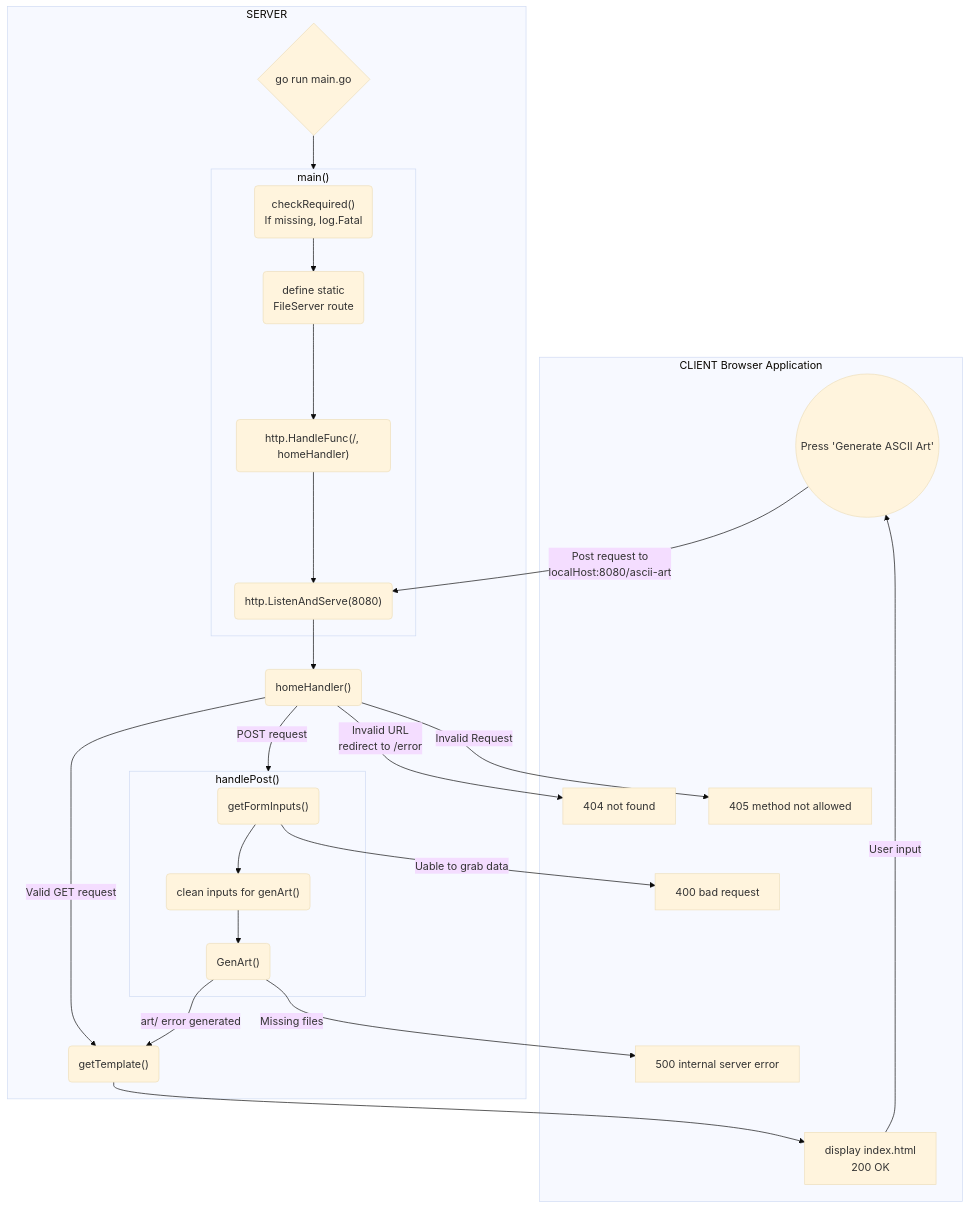
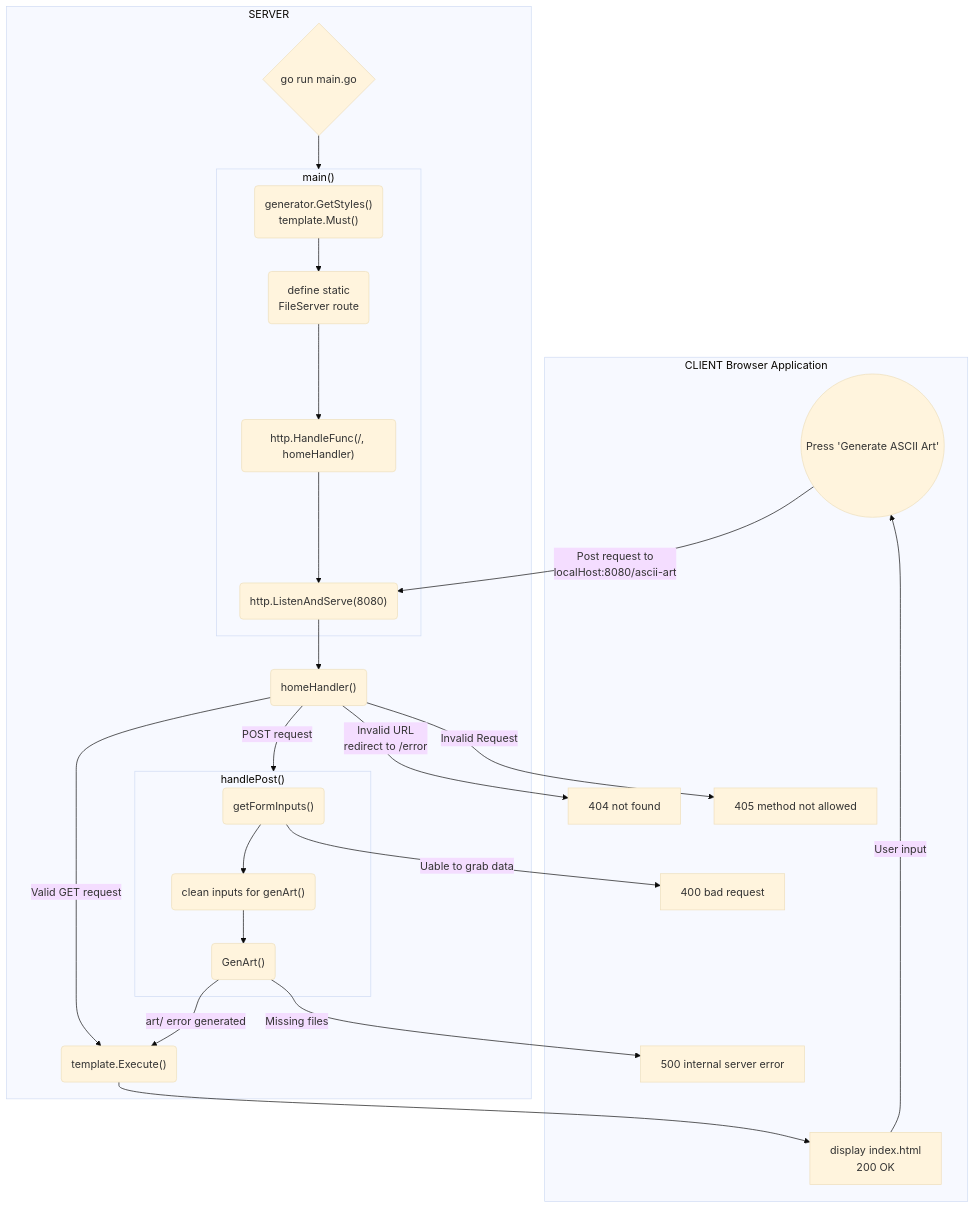
Before and after one commit to AllenLeeyn/ascii-art-web: the diagram in README.md, drawn with Mermaid (base theme). The commit also changed other lines of this file and 10 other files, not shown here.

````diff
--- a/README.md
+++ b/README.md
@@ -42,49 +44,49 @@
 ```mermaid
 flowchart TB
     subgraph client [CLIENT Browser Application]
         pressBtn((Press 'Generate ASCII Art'))
         invalidURL["404 not found"]
         inValidRq["405 method not allowed"]
         rFormErr["400 bad request"]
         missing["500 internal server error"]
         index["display index.html
         200 OK"]
     end
 
     subgraph server [SERVER]
     start{"go run main.go"}
         subgraph main ["main()"]
-            checkReq("checkRequired()
-            If missing, log.Fatal")
+            checkReq("generator.GetStyles()
+            template.Must()")
             static("define static 
             FileServer route")
             register("http.HandleFunc(/, homeHandler)")
             listener("http.ListenAndServe(8080)")
         end
         homeFn("homeHandler()")
-        template("getTemplate()")
+        template("template.Execute()")
         subgraph handlePost ["handlePost()"]
             rForm("getFormInputs()")
             clean("clean inputs for genArt()")
             genArt("GenArt()")
         end
 
         checkReq--> static -->register--> listener--> homeFn;
         homeFn-->
         |Valid GET request|template-->
         index--User input-->
         pressBtn-->
         |Post request to
         localHost:8080/ascii-art| listener;
         homeFn-->
         |POST request|handlePost;
         rForm-->clean-->genArt-->|art/ error generated|template;
     end
     
     start --> main;
     homeFn--Invalid URL
     redirect to /error-->invalidURL;
     homeFn--Invalid Request-->inValidRq;
     rForm--Uable to grab data-->rFormErr;
     genArt--Missing files-->missing;
 ```
````
